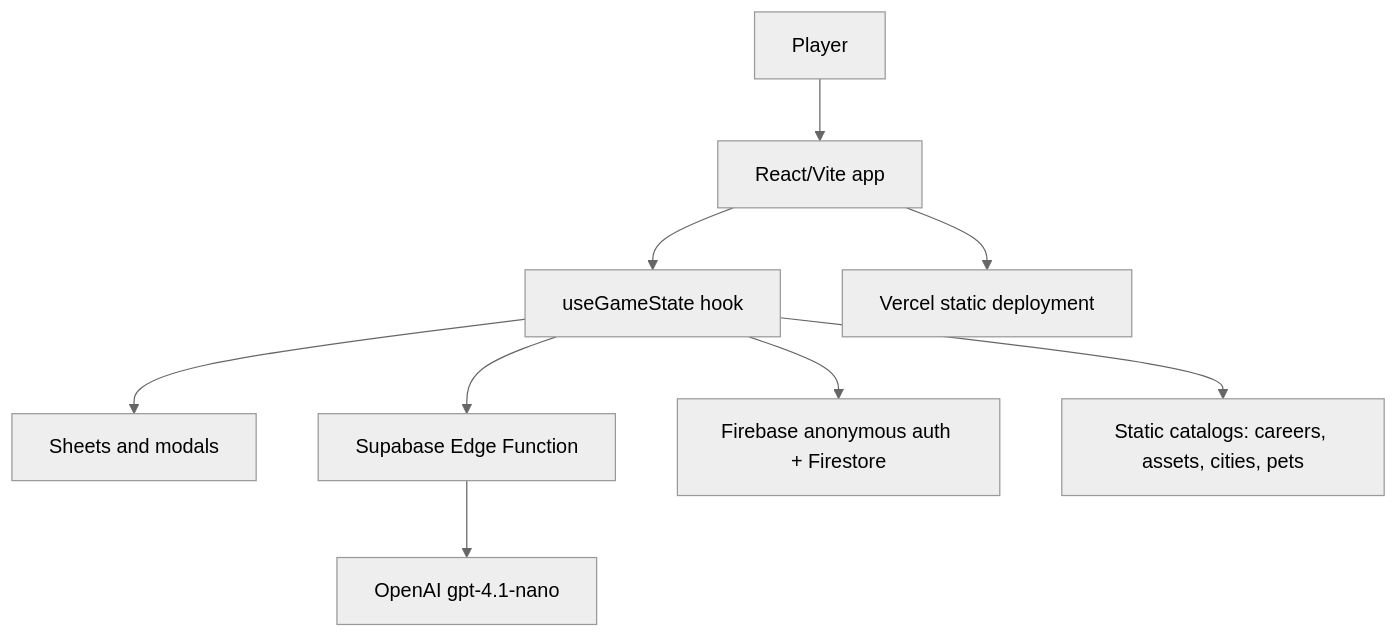
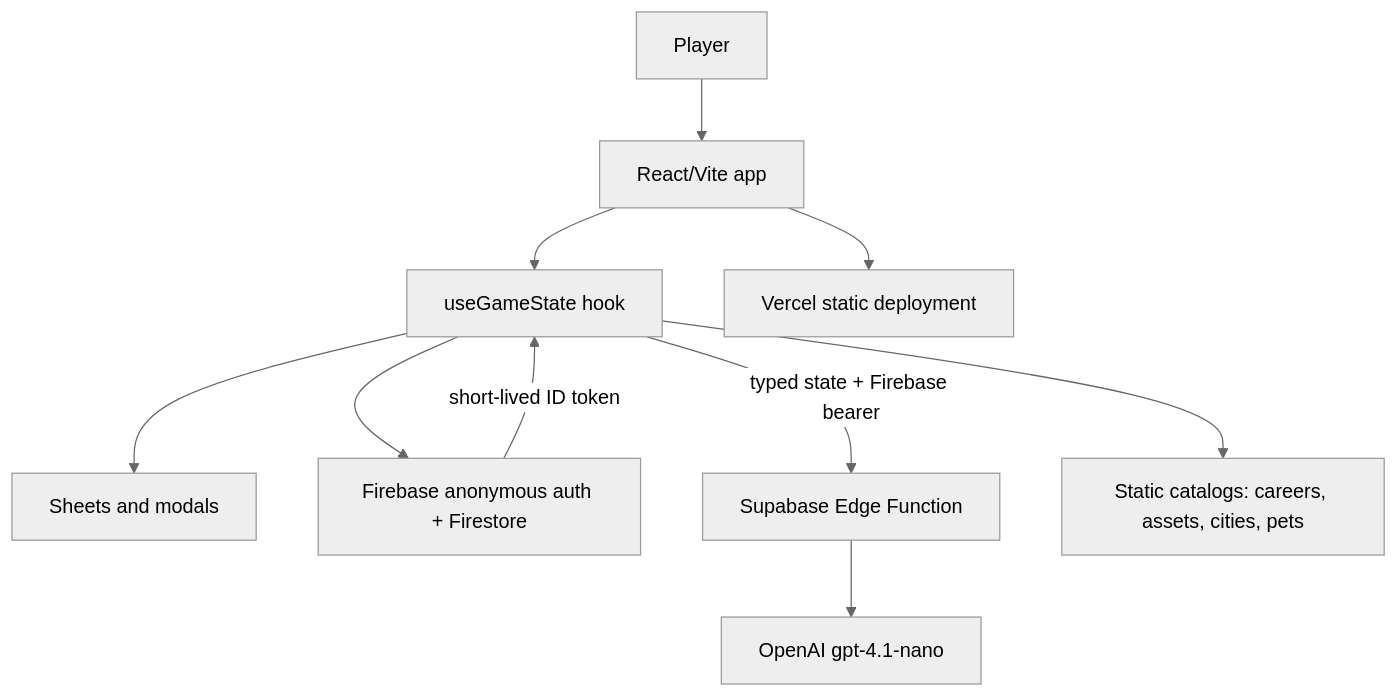
The diagram in docs/case-study.md (xmike04/SIMLYFE), drawn with Mermaid (neutral theme) before and after one commit. The commit also changed other lines of this file and 25 other files, not shown here.

````diff
--- a/docs/case-study.md
+++ b/docs/case-study.md
@@ -21,11 +21,12 @@
 ```mermaid
 flowchart TD
   Player["Player"] --> App["React/Vite app"]
   App --> State["useGameState hook"]
   State --> UI["Sheets and modals"]
-  State --> Supabase["Supabase Edge Function"]
+  State --> Firebase["Firebase anonymous auth + Firestore"]
+  Firebase -->|"short-lived ID token"| State
+  State -->|"typed state + Firebase bearer"| Supabase["Supabase Edge Function"]
   Supabase --> OpenAI["OpenAI gpt-4.1-nano"]
-  State --> Firebase["Firebase anonymous auth + Firestore"]
   State --> Catalogs["Static catalogs: careers, assets, cities, pets"]
   App --> Vercel["Vercel static deployment"]
 ```
````
